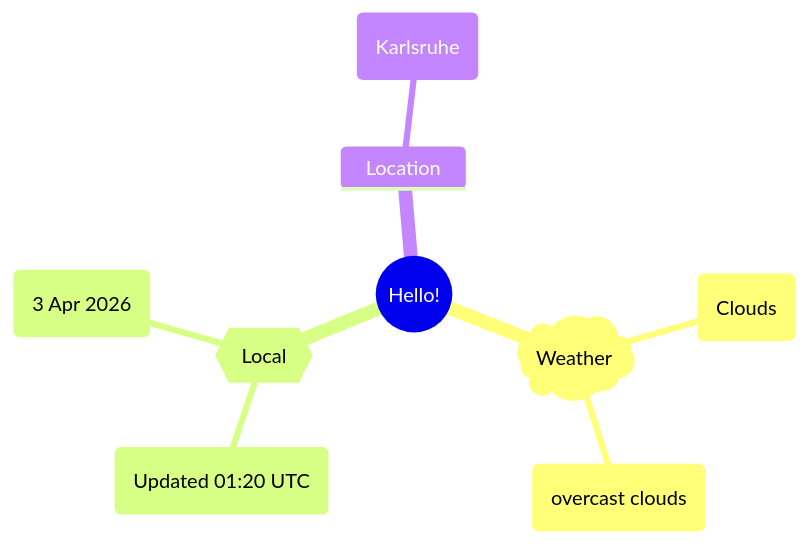
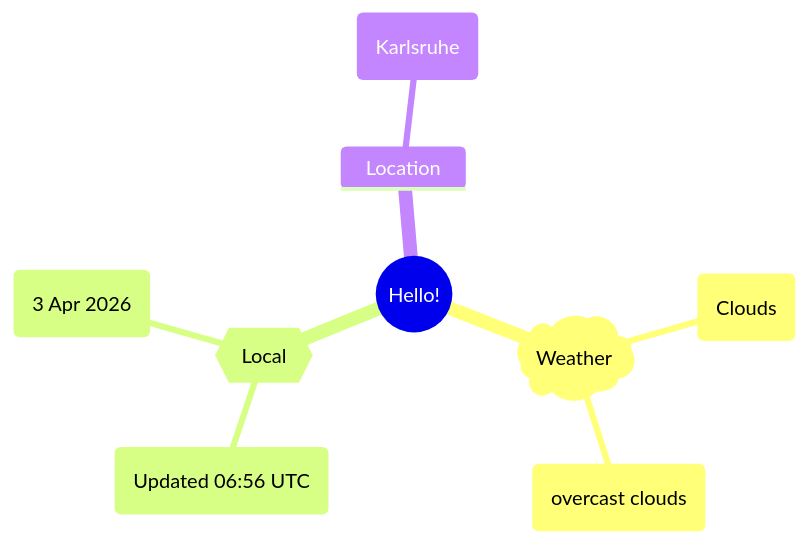
The first of 2 diagrams in README.md (Xosrov/Xosrov), drawn with Mermaid before and after one commit.

Commit message:
[bot] updated images

````diff
--- a/README.md
+++ b/README.md
@@ -3,12 +3,12 @@
 ```mermaid
 mindmap
   root((Hello!))
     )Weather(
         (Clouds)
         (overcast clouds)
     {{Local}}
-        (Updated 01:20 UTC)
+        (Updated 06:56 UTC)
         (3 Apr 2026)
     Location
         (Karlsruhe)
 ```
````
